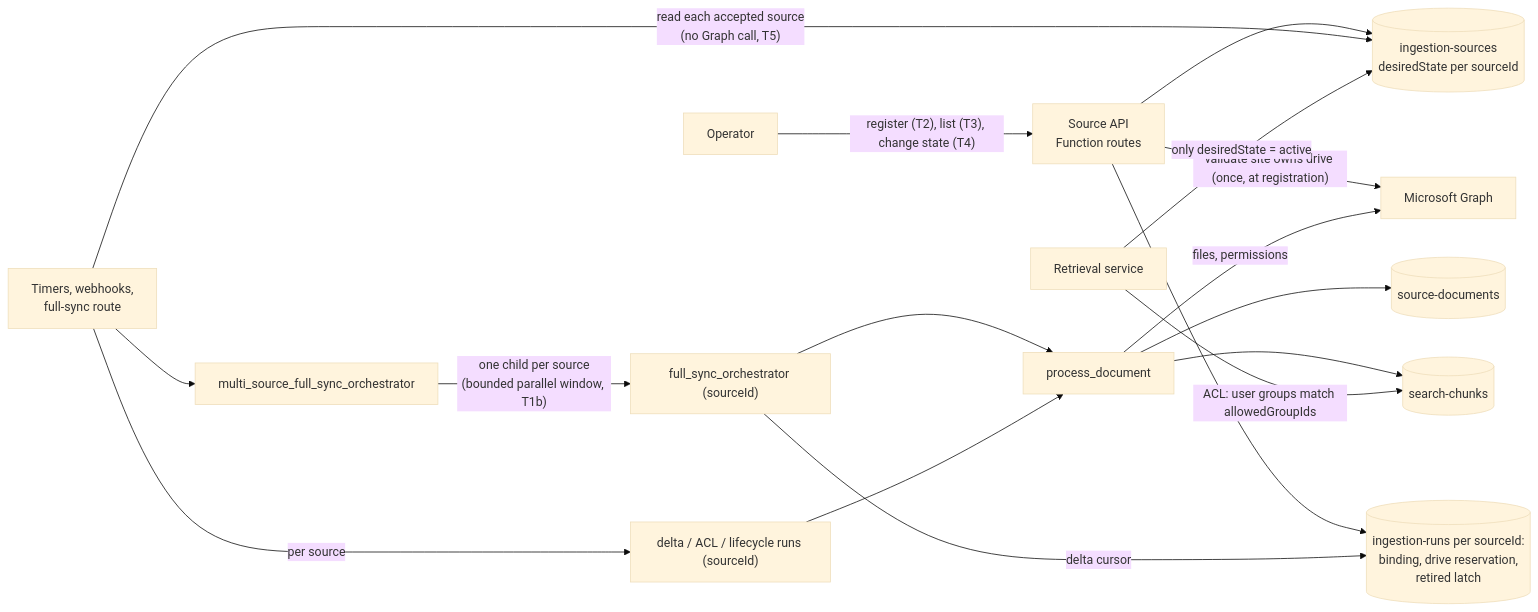
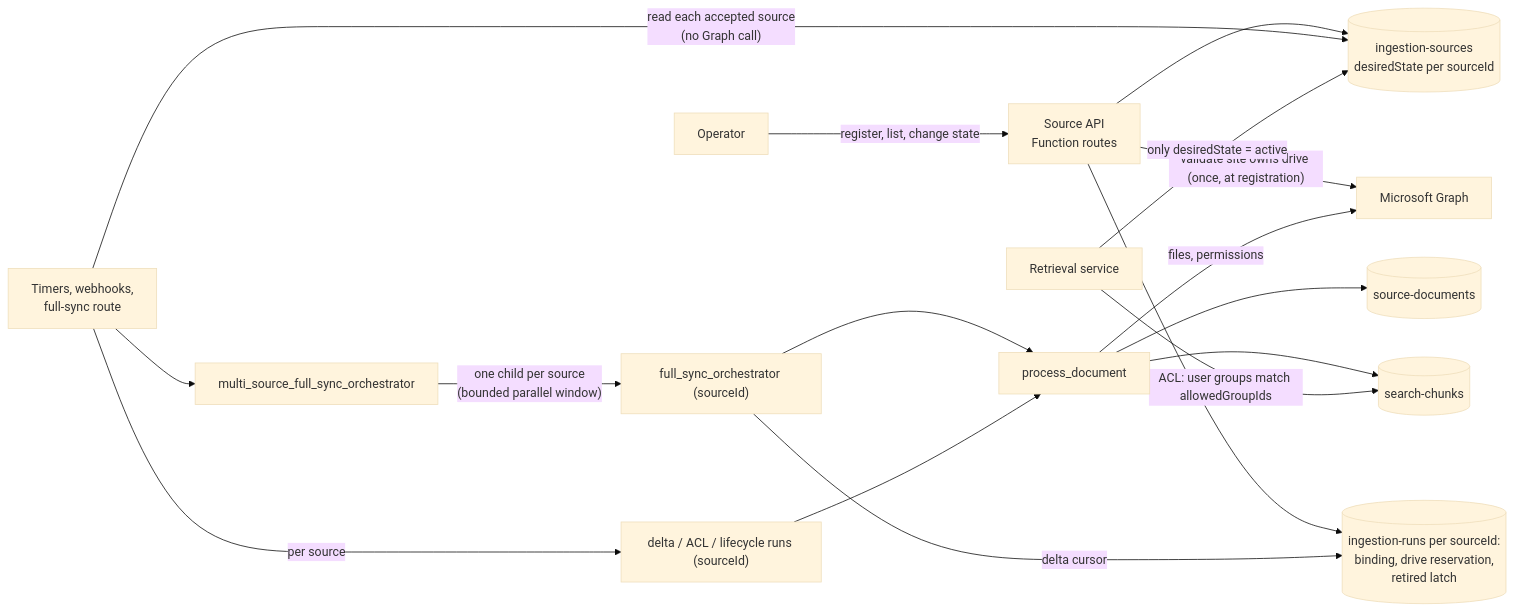
Before and after one commit to HariVamsiChittari1/enterprise-rag-pipeline: the diagram in docs/MULTI_SHAREPOINT_SOURCES.md, drawn with Mermaid (base theme). The commit also changed other lines of this file and 7 other files, not shown here.

````diff
--- a/docs/MULTI_SHAREPOINT_SOURCES.md
+++ b/docs/MULTI_SHAREPOINT_SOURCES.md
@@ -83,19 +86,19 @@
 ```mermaid
 flowchart LR
-  OP[Operator] -->|"register (T2), list (T3), change state (T4)"| API[Source API<br/>Function routes]
+  OP[Operator] -->|"register, list, change state"| API[Source API<br/>Function routes]
   API -->|"validate site owns drive (once, at registration)"| G[Microsoft Graph]
   API --> SRC[(ingestion-sources<br/>desiredState per sourceId)]
   API --> RUNS[(ingestion-runs per sourceId:<br/>binding, drive reservation,<br/>retired latch)]
-  TRG[Timers, webhooks,<br/>full-sync route] -->|"read each accepted source<br/>(no Graph call, T5)"| SRC
+  TRG[Timers, webhooks,<br/>full-sync route] -->|"read each accepted source<br/>(no Graph call)"| SRC
   TRG --> MSO[multi_source_full_sync_orchestrator]
-  MSO -->|"one child per source<br/>(bounded parallel window, T1b)"| FSO["full_sync_orchestrator (sourceId)"]
+  MSO -->|"one child per source<br/>(bounded parallel window)"| FSO["full_sync_orchestrator (sourceId)"]
   TRG -->|per source| DLT["delta / ACL / lifecycle runs (sourceId)"]
   FSO --> DOC[process_document]
   DLT --> DOC
   DOC -->|files, permissions| G
   DOC --> SD[(source-documents)]
   DOC --> CH[(search-chunks)]
   FSO -->|delta cursor| RUNS
   Q[Retrieval service] -->|"only desiredState = active"| SRC
   Q -->|"ACL: user groups match allowedGroupIds"| CH
 ```
````
